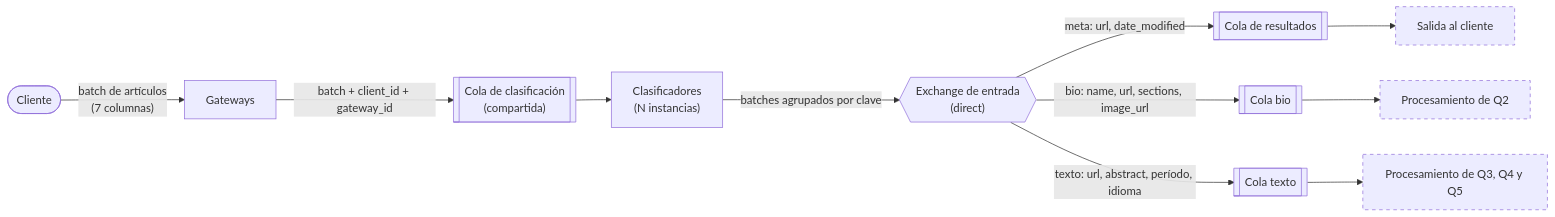
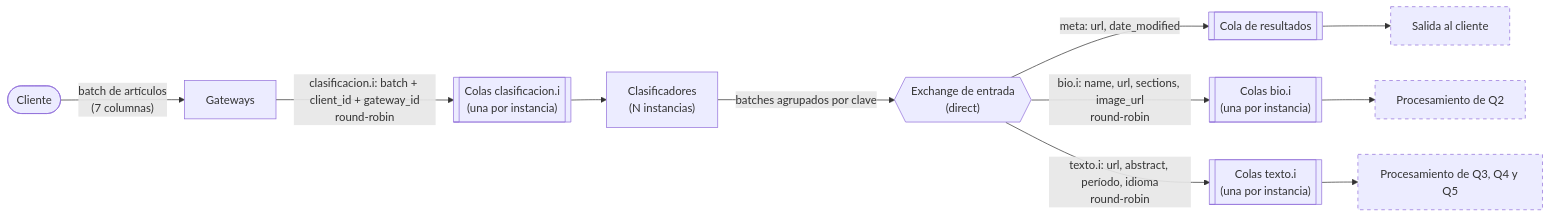
One commit to Cristobal710/tp-final-distribuidos changed the seventh of 15 diagrams in diagramas/README.md. Above: the diagram before and after it, drawn with Mermaid. The commit also changed other lines of this file, not shown here.

````diff
--- a/diagramas/README.md
+++ b/diagramas/README.md
@@ -302,18 +302,18 @@
 ```mermaid
 flowchart LR
     C(["Cliente"]) -- "batch de artículos<br/>(7 columnas)" --> GW["Gateways"]
-    GW -- "batch + client_id + gateway_id" --> QCL[["Cola de clasificación<br/>(compartida)"]]
+    GW -- "clasificacion.i: batch + client_id + gateway_id<br/>round-robin" --> QCL[["Colas clasificacion.i<br/>(una por instancia)"]]
     QCL --> CL["Clasificadores<br/>(N instancias)"]
     CL -- "batches agrupados por clave" --> EXE{{"Exchange de entrada<br/>(direct)"}}
 
     EXE -- "meta: url, date_modified" --> QR[["Cola de resultados"]]
-    EXE -- "bio: name, url, sections, image_url" --> QBIO[["Cola bio"]]
-    EXE -- "texto: url, abstract, período, idioma" --> QTX[["Cola texto"]]
+    EXE -- "bio.i: name, url, sections, image_url<br/>round-robin" --> QBIO[["Colas bio.i<br/>(una por instancia)"]]
+    EXE -- "texto.i: url, abstract, período, idioma<br/>round-robin" --> QTX[["Colas texto.i<br/>(una por instancia)"]]
 
     QR --> SAL["Salida al cliente"]
     QBIO --> P2["Procesamiento de Q2"]
     QTX --> P345["Procesamiento de Q3, Q4 y Q5"]
 
     classDef resto stroke-dasharray: 5 5
     class SAL,P2,P345 resto
 ```
````
